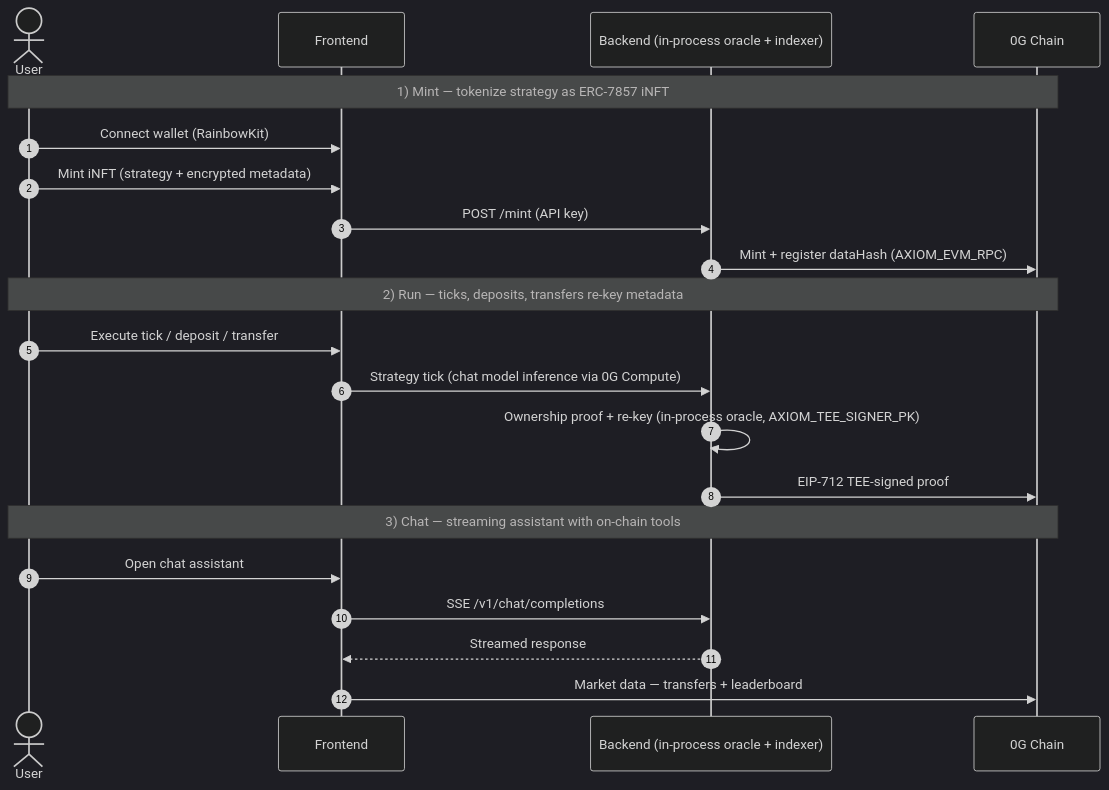
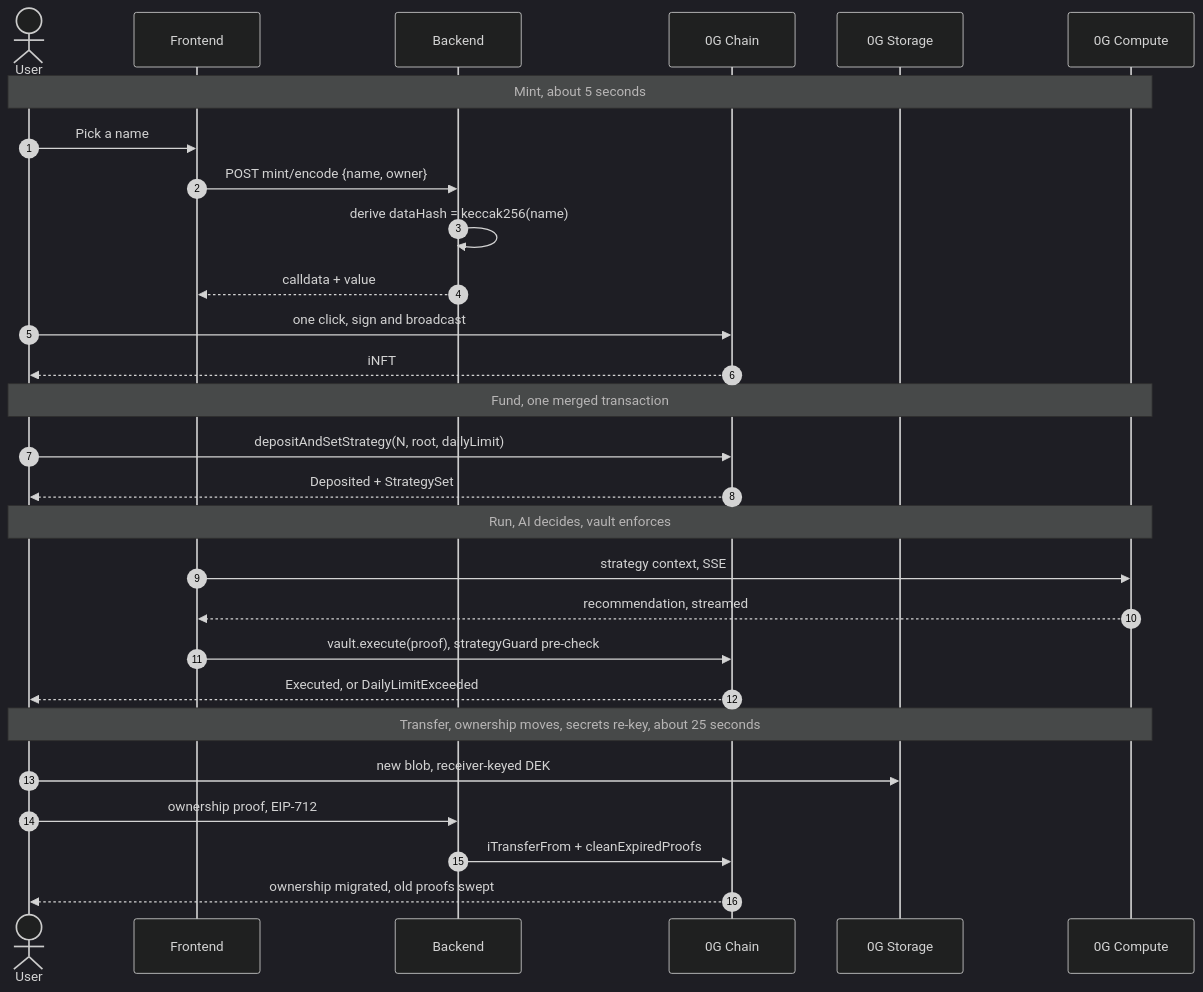
The second of 4 diagrams in README.md (symulacr/axiom-protocol), drawn with Mermaid (dark theme) before and after one commit. The commit also changed other lines of this file, not shown here.

Commit message:
docs(readme): rewrite to V2 state — current deploy addresses, V2 change table, guarantees matrix, mermaid journey/split/re-key diagrams, 599-test tally

````diff
--- a/README.md
+++ b/README.md
@@ -35,24 +80,30 @@
 ```mermaid
 sequenceDiagram
     autonumber
-    actor User
+    actor U as User
     participant FE as Frontend
-    participant BE as Backend (in-process oracle + indexer)
-    participant CH as 0G Chain
-
-    Note over User,CH: 1) Mint — tokenize strategy as ERC-7857 iNFT
-    User->>FE: Connect wallet (RainbowKit)
-    User->>FE: Mint iNFT (strategy + encrypted metadata)
-    FE->>BE: POST /mint (API key)
-    BE->>CH: Mint + register dataHash (AXIOM_EVM_RPC)
-    Note over User,CH: 2) Run — ticks, deposits, transfers re-key metadata
-    User->>FE: Execute tick / deposit / transfer
-    FE->>BE: Strategy tick (chat model inference via 0G Compute)
-    BE->>BE: Ownership proof + re-key (in-process oracle, AXIOM_TEE_SIGNER_PK)
-    BE->>CH: EIP-712 TEE-signed proof
-    Note over User,CH: 3) Chat — streaming assistant with on-chain tools
-    User->>FE: Open chat assistant
-    FE->>BE: SSE /v1/chat/completions
-    BE-->>FE: Streamed response
-    FE->>CH: Market data — transfers + leaderboard
+    participant BE as Backend
+    participant C as 0G Chain
+    participant S as 0G Storage
+    participant M as 0G Compute
+    Note over U,M: Mint, about 5 seconds
+    U->>FE: Pick a name
+    FE->>BE: POST mint/encode {name, owner}
+    BE->>BE: derive dataHash = keccak256(name)
+    BE-->>FE: calldata + value
+    U->>C: one click, sign and broadcast
+    C-->>U: iNFT #N, CreatorSet
+    Note over U,M: Fund, one merged transaction
+    U->>C: depositAndSetStrategy(N, root, dailyLimit)
+    C-->>U: Deposited + StrategySet
+    Note over U,M: Run, AI decides, vault enforces
+    FE->>M: strategy context, SSE
+    M-->>FE: recommendation, streamed
+    FE->>C: vault.execute(proof), strategyGuard pre-check
+    C-->>U: Executed, or DailyLimitExceeded
+    Note over U,M: Transfer, ownership moves, secrets re-key, about 25 seconds
+    U->>S: new blob, receiver-keyed DEK
+    U->>BE: ownership proof, EIP-712
+    BE->>C: iTransferFrom + cleanExpiredProofs
+    C-->>U: ownership migrated, old proofs swept
 ```
````
